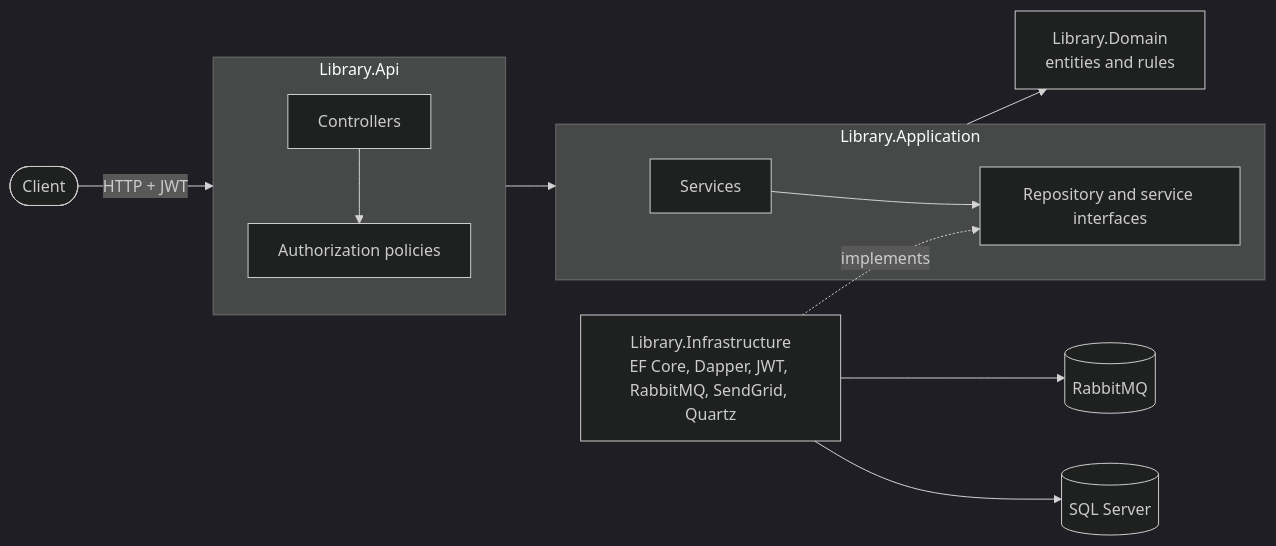
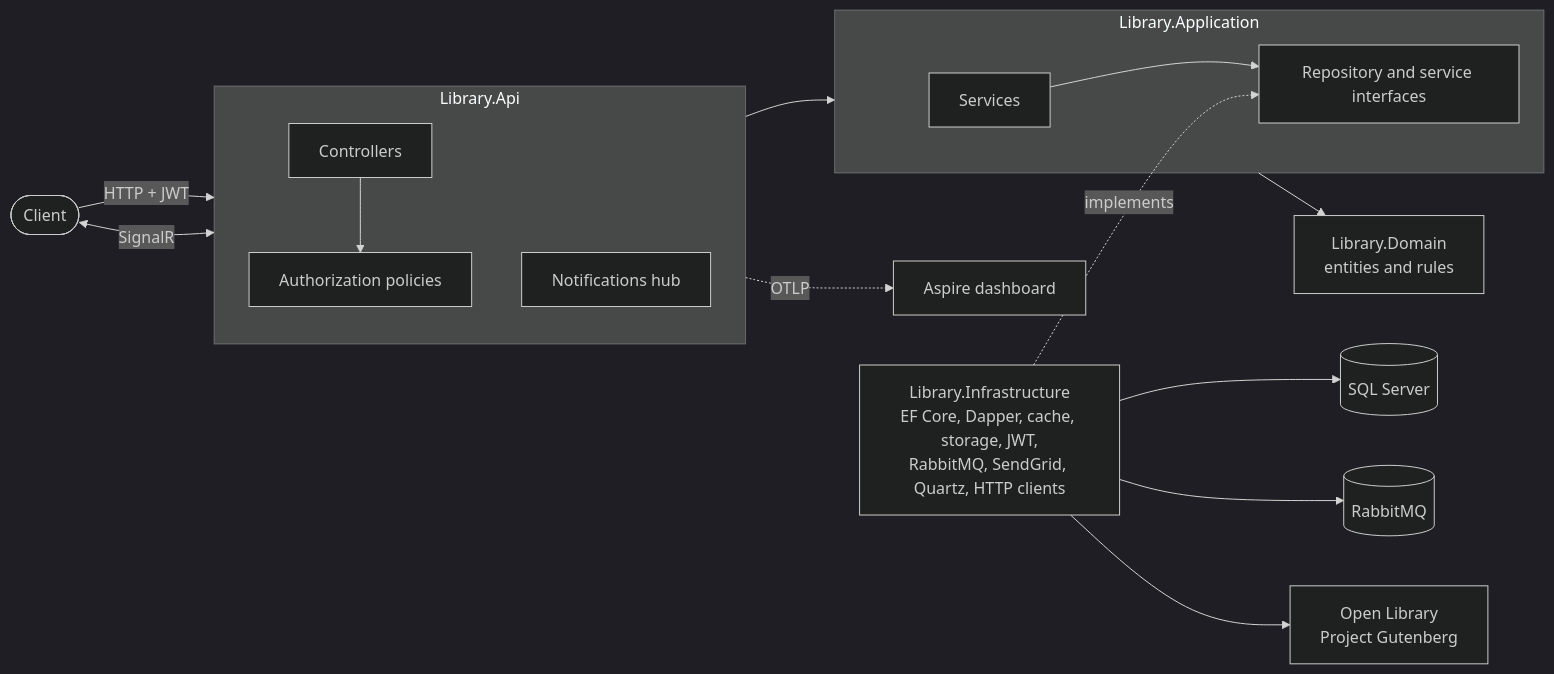
One commit to reinansilveira/BibliotecaProjectBook changed the diagram in README.md. Above: the diagram before and after it, drawn with Mermaid (dark theme). The commit also changed other lines of this file and 304 other files, not shown here.

````diff
--- a/README.md
+++ b/README.md
@@ -40,15 +47,19 @@
 ```mermaid
 flowchart LR
     Client([Client]) -->|HTTP + JWT| Api
+    Client <-->|SignalR| Api
     subgraph Api [Library.Api]
         Controllers --> Policies[Authorization policies]
+        Hub[Notifications hub]
     end
     Api --> Application
     subgraph Application [Library.Application]
         Services --> Abstractions[Repository and service interfaces]
     end
     Application --> Domain[Library.Domain<br/>entities and rules]
-    Infrastructure[Library.Infrastructure<br/>EF Core, Dapper, JWT, RabbitMQ, SendGrid, Quartz] -.implements.-> Abstractions
+    Infrastructure[Library.Infrastructure<br/>EF Core, Dapper, cache, storage, JWT,<br/>RabbitMQ, SendGrid, Quartz, HTTP clients] -.implements.-> Abstractions
     Infrastructure --> SqlServer[(SQL Server)]
     Infrastructure --> RabbitMQ[(RabbitMQ)]
+    Infrastructure --> External[Open Library<br/>Project Gutenberg]
+    Api -. OTLP .-> Aspire[Aspire dashboard]
 ```
````
